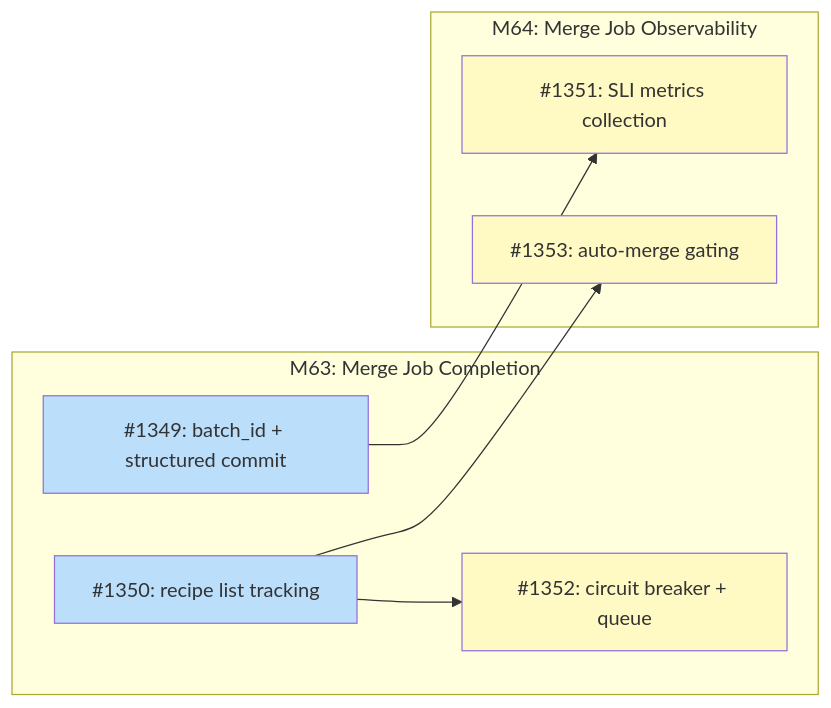
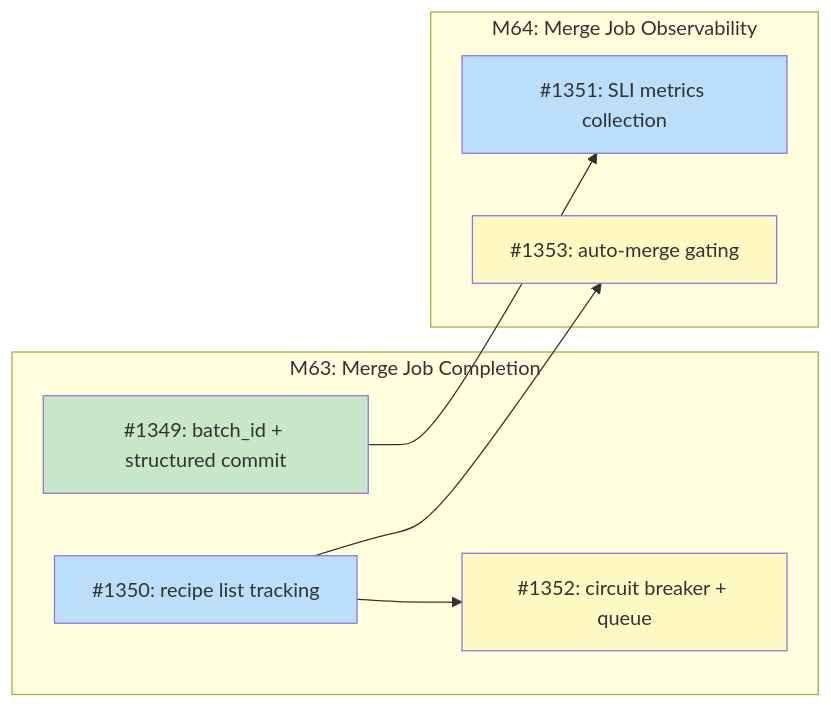
The diagram in docs/designs/DESIGN-merge-job-completion.md (tsukumogami/tsuku), drawn with Mermaid before and after one commit. The commit also changed other lines of this file and 1 other file, not shown here.

Commit message:
ci(batch): add batch_id generation and structured commit message (#1371)
Add a batch ID generation step and structured commit message with git
trailers to the merge job in `batch-generate.yml`. The batch ID uses
`{date}-{ecosystem}` format with UTC dates, matching the Go
orchestrator. Same-day batches get a sequence number suffix. The commit
message now includes `batch_id`, `ecosystem`, `batch_size`, and
`success_rate` trailers that `scripts/rollback-batch.sh` can find via
`git grep`.

`BATCH_ID` is exported to `$GITHUB_ENV` so downstream steps (SLI metrics
in #1351) can reference it.

````diff
--- a/docs/designs/DESIGN-merge-job-completion.md
+++ b/docs/designs/DESIGN-merge-job-completion.md
@@ -45,25 +45,27 @@
 ```mermaid
 graph LR
     subgraph M63["M63: Merge Job Completion"]
         I1349["#1349: batch_id + structured commit"]
         I1350["#1350: recipe list tracking"]
         I1352["#1352: circuit breaker + queue"]
     end
 
     subgraph M64["M64: Merge Job Observability"]
         I1351["#1351: SLI metrics collection"]
         I1353["#1353: auto-merge gating"]
     end
 
     I1350 --> I1352
     I1349 --> I1351
     I1350 --> I1353
 
     classDef done fill:#c8e6c9
     classDef ready fill:#bbdefb
     classDef blocked fill:#fff9c4
     classDef needsDesign fill:#e1bee7
 
-    class I1349,I1350 ready
-    class I1351,I1352,I1353 blocked
+    class I1349 done
+    class I1350 ready
+    class I1351 ready
+    class I1352,I1353 blocked
 ```
````
